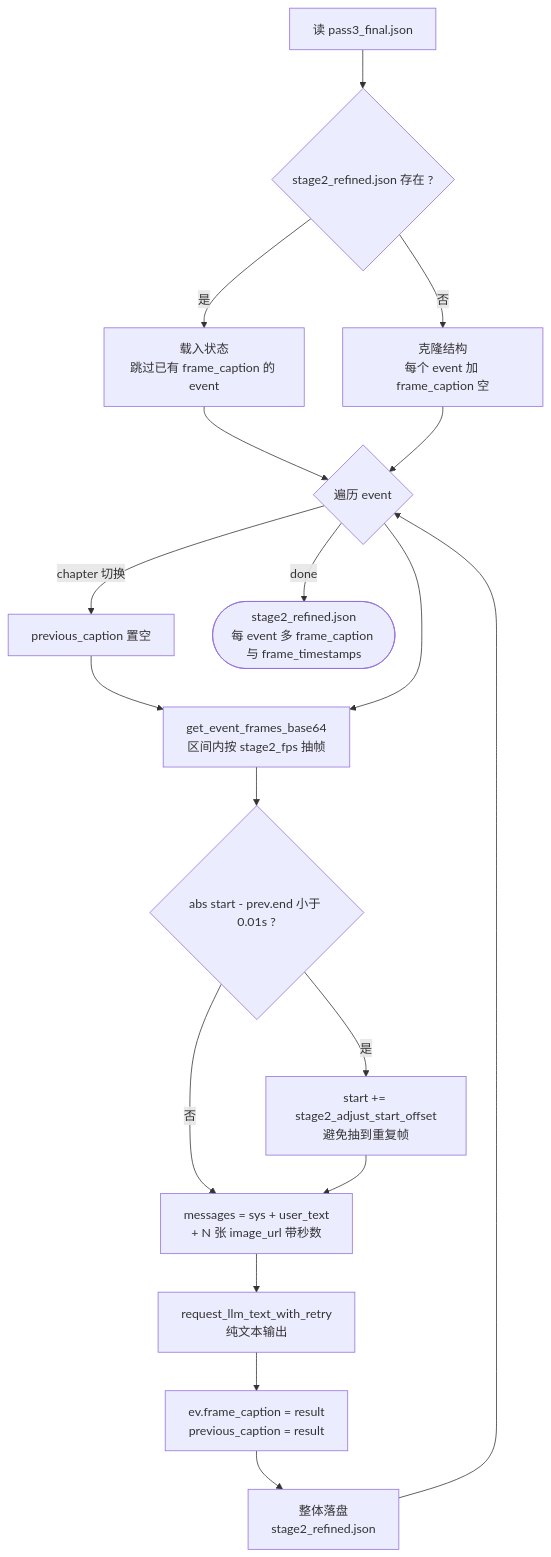
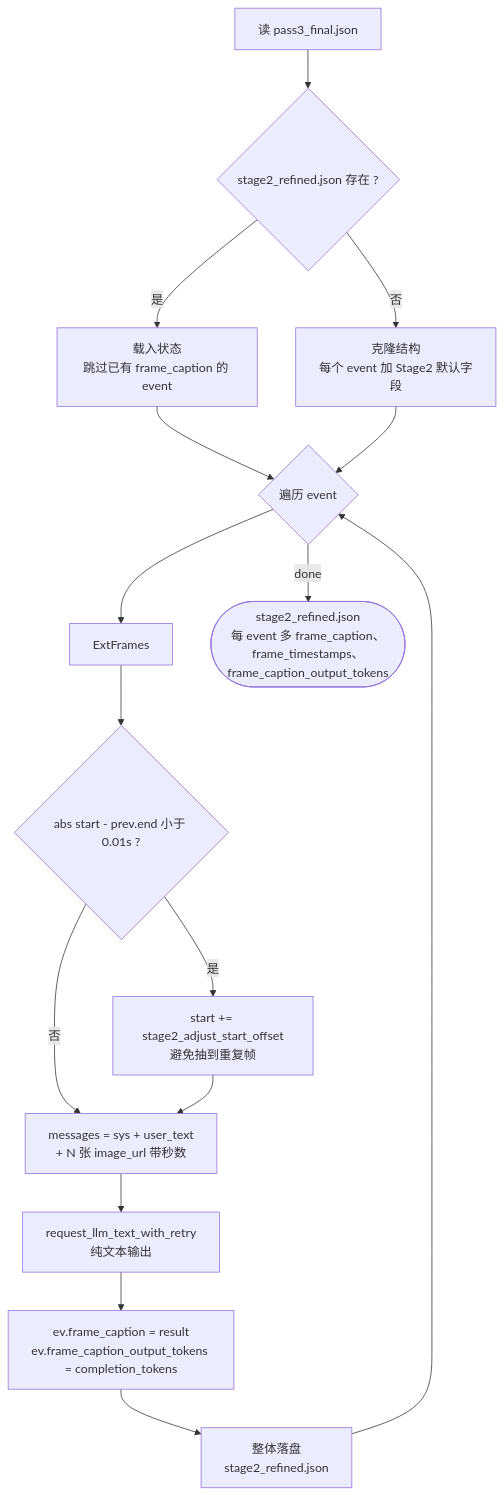
Before and after one commit to warmheartHoward/LongVideoCaption: the fourth of 4 diagrams in README.md, drawn with Mermaid. The commit also changed other lines of this file, not shown here.

````diff
--- a/README.md
+++ b/README.md
@@ -158,24 +158,22 @@
 ```mermaid
 flowchart TB
     Start["读 pass3_final.json"] --> Exists{"stage2_refined.json 存在 ?"}
     Exists -->|"是"| Resume["载入状态<br/>跳过已有 frame_caption 的 event"]
-    Exists -->|"否"| Clone["克隆结构<br/>每个 event 加 frame_caption 空"]
+    Exists -->|"否"| Clone["克隆结构<br/>每个 event 加 Stage2 默认字段"]
 
     Resume --> Loop{"遍历 event"}
     Clone --> Loop
-    Loop -->|"chapter 切换"| Reset["previous_caption 置空"]
-    Reset --> ExtFrames["get_event_frames_base64<br/>区间内按 stage2_fps 抽帧"]
     Loop --> ExtFrames
 
     ExtFrames --> AdjStart{"abs start - prev.end 小于 0.01s ?"}
     AdjStart -->|"是"| Shift["start += stage2_adjust_start_offset<br/>避免抽到重复帧"]
     AdjStart -->|"否"| BuildMsg["messages = sys + user_text<br/>+ N 张 image_url 带秒数"]
     Shift --> BuildMsg
 
     BuildMsg --> CallVL["request_llm_text_with_retry<br/>纯文本输出"]
-    CallVL --> Update["ev.frame_caption = result<br/>previous_caption = result"]
+    CallVL --> Update["ev.frame_caption = result<br/>ev.frame_caption_output_tokens = completion_tokens"]
     Update --> Persist["整体落盘<br/>stage2_refined.json"]
     Persist --> Loop
 
-    Loop -->|"done"| End(["stage2_refined.json<br/>每 event 多 frame_caption 与 frame_timestamps"])
+    Loop -->|"done"| End(["stage2_refined.json<br/>每 event 多 frame_caption、frame_timestamps、frame_caption_output_tokens"])
 ```
````
